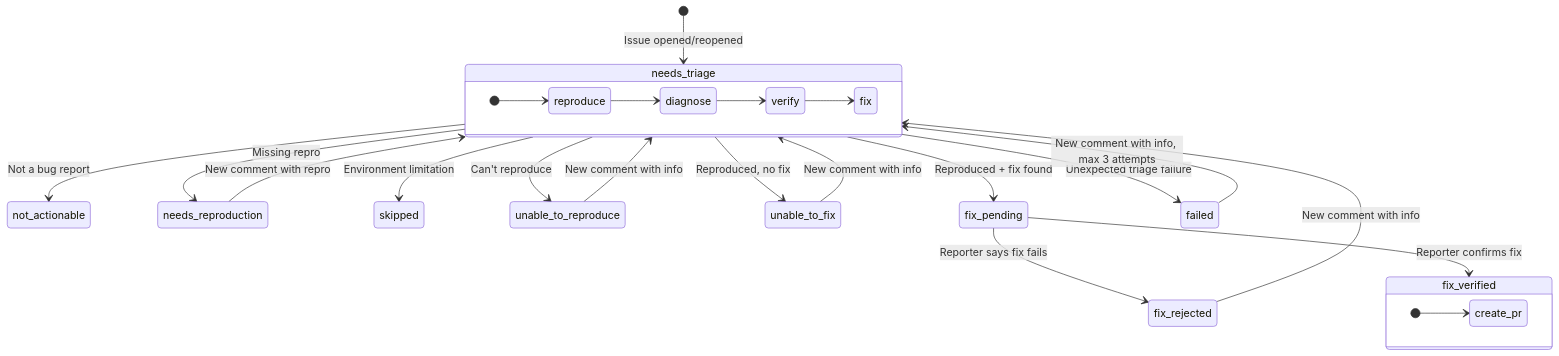
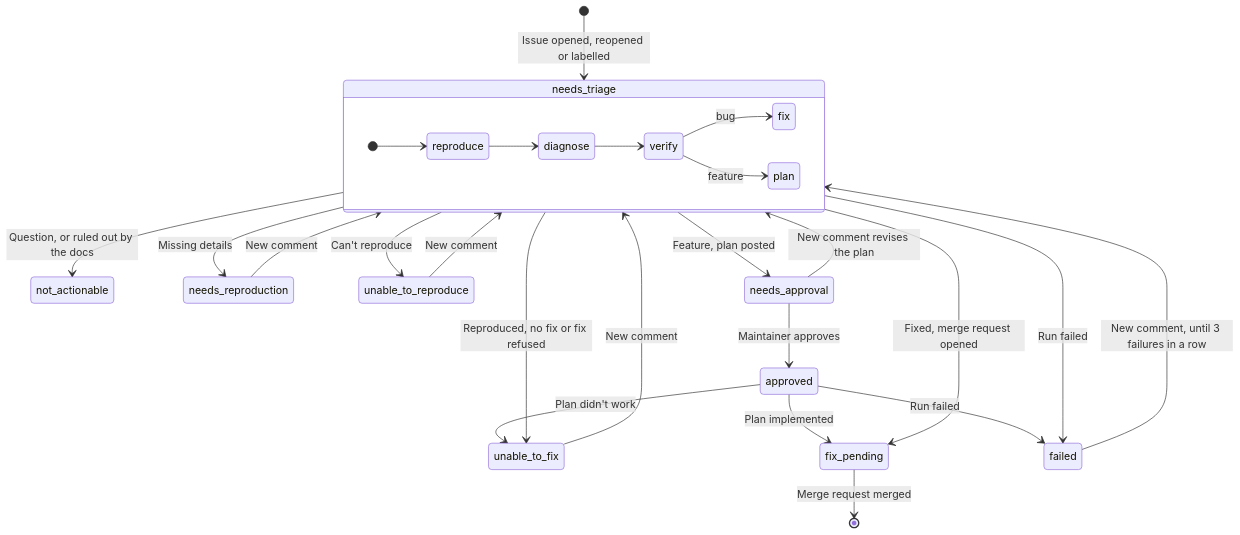
Before and after one commit to jakob1379/gitlab-triagebot-action: the diagram in README.md, drawn with Mermaid. The commit also changed other lines of this file and 50 other files, not shown here.

First line of the commit message:
feat!: approval-gated triage with an isolated Flue agent (#2)

````diff
--- a/README.md
+++ b/README.md
@@ -21,34 +11,34 @@
 ```mermaid
 stateDiagram-v2
-    [*] --> needs_triage: Issue opened/reopened
+    [*] --> needs_triage: Issue opened, reopened or labelled
 
-    needs_triage --> not_actionable: Not a bug report
-    needs_triage --> needs_reproduction: Missing repro
-    needs_triage --> skipped: Environment limitation
+    needs_triage --> not_actionable: Question, or ruled out by the docs
+    needs_triage --> needs_reproduction: Missing details
     needs_triage --> unable_to_reproduce: Can't reproduce
-    needs_triage --> unable_to_fix: Reproduced, no fix
-    needs_triage --> fix_pending: Reproduced + fix found
-    needs_triage --> failed: Unexpected triage failure
+    needs_triage --> unable_to_fix: Reproduced, no fix or fix refused
+    needs_triage --> fix_pending: Fixed, merge request opened
+    needs_triage --> needs_approval: Feature, plan posted
+    needs_triage --> failed: Run failed
 
-    fix_pending --> fix_verified: Reporter confirms fix
-    fix_pending --> fix_rejected: Reporter says fix fails
+    needs_approval --> approved: Maintainer approves
+    needs_approval --> needs_triage: New comment revises the plan
+    approved --> fix_pending: Plan implemented
+    approved --> unable_to_fix: Plan didn't work
+    approved --> failed: Run failed
 
-    needs_reproduction --> needs_triage: New comment with repro
-    unable_to_reproduce --> needs_triage: New comment with info
-    unable_to_fix --> needs_triage: New comment with info
-    failed --> needs_triage: New comment with info, max 3 attempts
-    fix_rejected --> needs_triage: New comment with info
+    needs_reproduction --> needs_triage: New comment
+    unable_to_reproduce --> needs_triage: New comment
+    unable_to_fix --> needs_triage: New comment
+    failed --> needs_triage: New comment, until 3 failures in a row
+
+    fix_pending --> [*]: Merge request merged
 
     state needs_triage {
         direction LR
         [*] --> reproduce
         reproduce --> diagnose
         diagnose --> verify
-        verify --> fix
-    }
-
-    state fix_verified {
-        direction LR
-        [*] --> create_pr
+        verify --> fix: bug
+        verify --> plan: feature
     }
 ```
````
